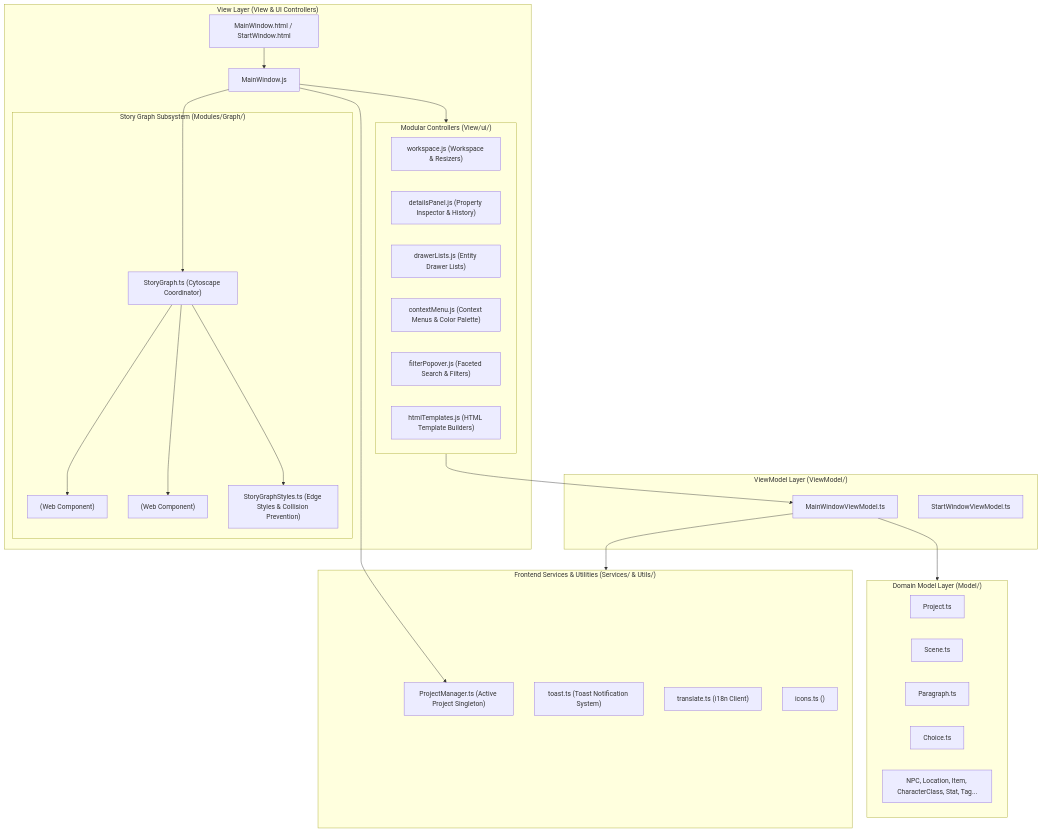
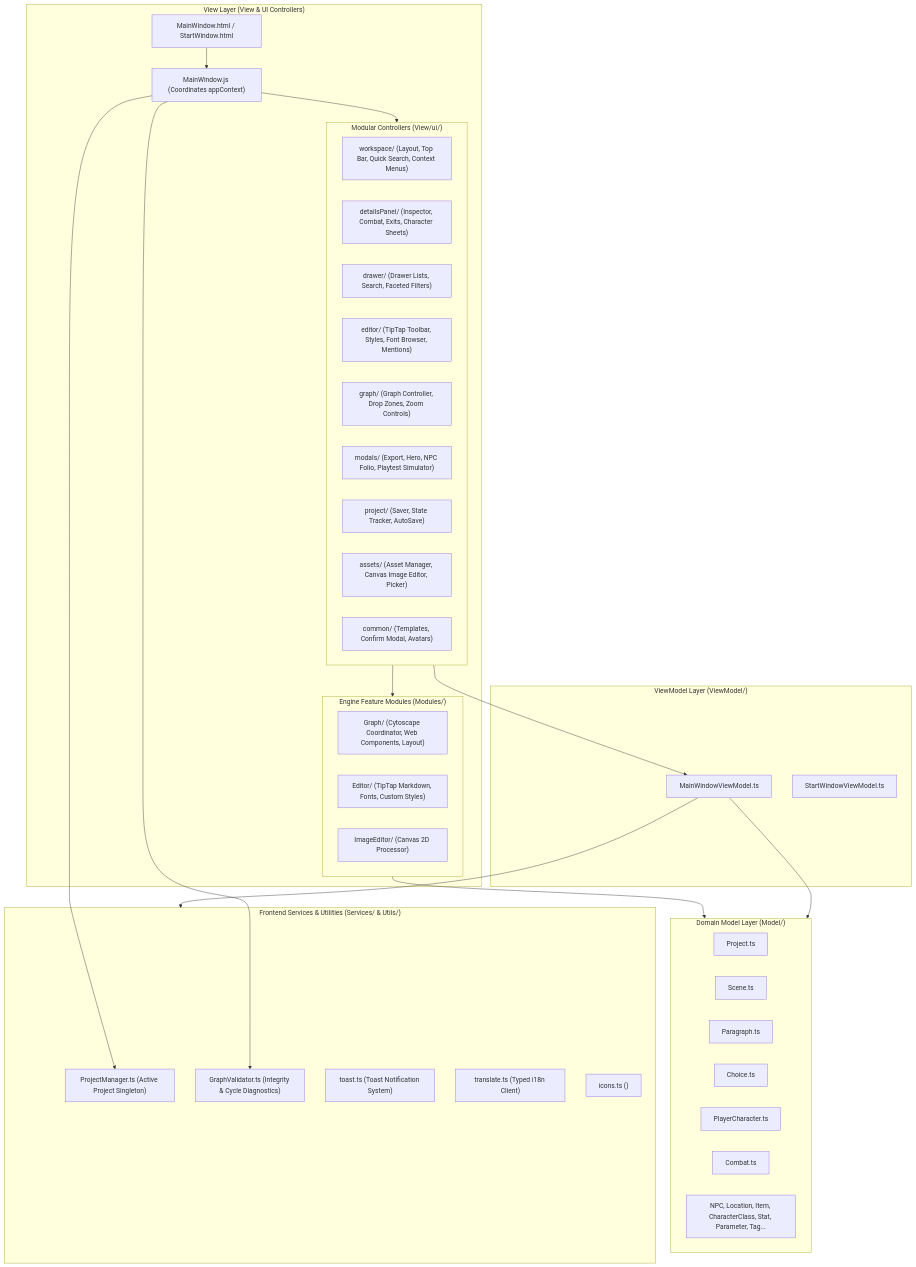
The first of 2 diagrams in docs/FRONTEND_ARCHITECTURE.md (mountain-bit/Nidavellir), drawn with Mermaid before and after one commit. The commit also changed other lines of this file and 5 other files, not shown here.

````diff
--- a/docs/FRONTEND_ARCHITECTURE.md
+++ b/docs/FRONTEND_ARCHITECTURE.md
@@ -11,54 +11,57 @@
 ```mermaid
 graph TD
     subgraph ViewLayer["View Layer (View & UI Controllers)"]
         HTML["MainWindow.html / StartWindow.html"]
-        MainController["MainWindow.js"]
+        MainController["MainWindow.js (Coordinates appContext)"]
         
         subgraph UIControllers["Modular Controllers (View/ui/)"]
-            WorkspaceCtrl["workspace.js (Workspace & Resizers)"]
-            DetailsCtrl["detailsPanel.js (Property Inspector & History)"]
-            DrawerCtrl["drawerLists.js (Entity Drawer Lists)"]
-            ContextMenuCtrl["contextMenu.js (Context Menus & Color Palette)"]
-            FilterCtrl["filterPopover.js (Faceted Search & Filters)"]
-            TemplatesHelper["htmlTemplates.js (HTML Template Builders)"]
+            WorkspaceCtrl["workspace/ (Layout, Top Bar, Quick Search, Context Menus)"]
+            DetailsCtrl["detailsPanel/ (Inspector, Combat, Exits, Character Sheets)"]
+            DrawerCtrl["drawer/ (Drawer Lists, Search, Faceted Filters)"]
+            EditorCtrl["editor/ (TipTap Toolbar, Styles, Font Browser, Mentions)"]
+            GraphCtrl["graph/ (Graph Controller, Drop Zones, Zoom Controls)"]
+            ModalsCtrl["modals/ (Export, Hero, NPC Folio, Playtest Simulator)"]
+            ProjectCtrl["project/ (Saver, State Tracker, AutoSave)"]
+            AssetsCtrl["assets/ (Asset Manager, Canvas Image Editor, Picker)"]
+            CommonCtrl["common/ (Templates, Confirm Modal, Avatars)"]
         end
 
-        subgraph GraphSubsystem["Story Graph Subsystem (Modules/Graph/)"]
-            StoryGraph["StoryGraph.ts (Cytoscape Coordinator)"]
-            ParagraphNodeWC["<paragraph-node> (Web Component)"]
-            SceneNodeWC["<scene-node> (Web Component)"]
-            GraphStyles["StoryGraphStyles.ts (Edge Styles & Collision Prevention)"]
+        subgraph FeatureModules["Engine Feature Modules (Modules/)"]
+            StoryGraph["Graph/ (Cytoscape Coordinator, Web Components, Layout)"]
+            MarkdownEditor["Editor/ (TipTap Markdown, Fonts, Custom Styles)"]
+            ImageProcessor["ImageEditor/ (Canvas 2D Processor)"]
         end
     end
 
     subgraph ViewModelLayer["ViewModel Layer (ViewModel/)"]
         MainVM["MainWindowViewModel.ts"]
         StartVM["StartWindowViewModel.ts"]
     end
 
     subgraph ModelLayer["Domain Model Layer (Model/)"]
         ProjectModel["Project.ts"]
         SceneModel["Scene.ts"]
         ParagraphModel["Paragraph.ts"]
         ChoiceModel["Choice.ts"]
-        EntityModels["NPC, Location, Item, CharacterClass, Stat, Tag..."]
+        PlayerCharModel["PlayerCharacter.ts"]
+        CombatModel["Combat.ts"]
+        EntityModels["NPC, Location, Item, CharacterClass, Stat, Parameter, Tag..."]
     end
 
     subgraph FrontendServices["Frontend Services & Utilities (Services/ & Utils/)"]
         ProjectMgr["ProjectManager.ts (Active Project Singleton)"]
+        GraphVal["GraphValidator.ts (Integrity & Cycle Diagnostics)"]
         ToastMgr["toast.ts (Toast Notification System)"]
-        TranslateMgr["translate.ts (i18n Client)"]
+        TranslateMgr["translate.ts (Typed i18n Client)"]
         IconComponent["icons.ts (<app-icon>)"]
     end
 
     HTML --> MainController
     MainController --> UIControllers
     UIControllers --> MainVM
-    MainController --> StoryGraph
-    StoryGraph --> ParagraphNodeWC & SceneNodeWC
-    StoryGraph --> GraphStyles
-
+    UIControllers --> FeatureModules
+    FeatureModules --> ModelLayer
     MainVM --> ModelLayer
     MainVM --> FrontendServices
-    MainController --> ProjectMgr
+    MainController --> ProjectMgr & GraphVal
 ```
````
